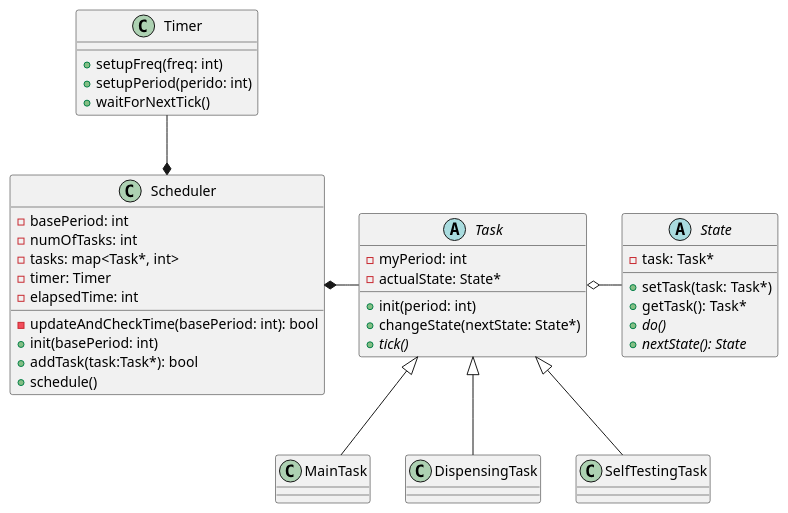
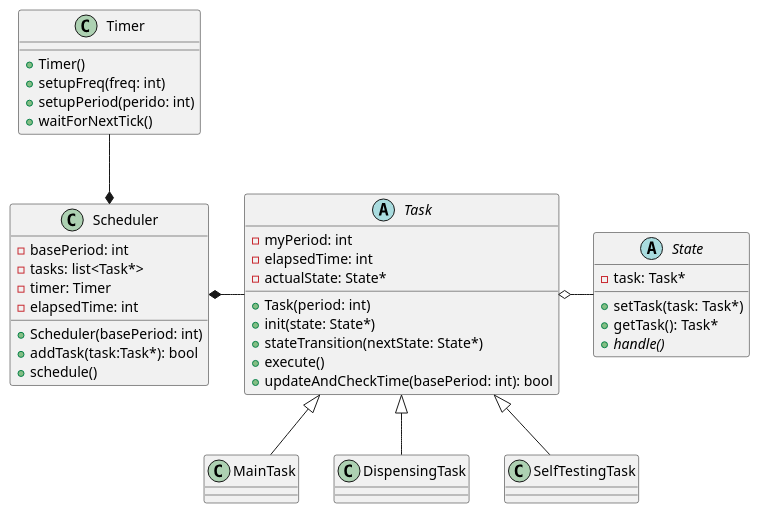
One commit to tassiLuca/smart-coffee-machine changed the diagram in docs/diagrams/src/class-diagram.wsd. Above: the diagram before and after it, drawn with PlantUML. The commit also changed 8 other files, not shown here.

```diff
--- a/docs/diagrams/src/class-diagram.wsd
+++ b/docs/diagrams/src/class-diagram.wsd
@@ -1,53 +1,54 @@
 @startuml class-diagram 
 
 class Scheduler {
     - basePeriod: int 
-    - numOfTasks: int
-    - tasks: map<Task*, int>
+    - tasks: list<Task*>
     - timer: Timer
     - elapsedTime: int
-    - updateAndCheckTime(basePeriod: int): bool
-    + init(basePeriod: int)
+    + Scheduler(basePeriod: int)
     + addTask(task:Task*): bool
     + schedule()
 }
 
 class Timer {
+    + Timer()
     + setupFreq(freq: int)
     + setupPeriod(perido: int)
     + waitForNextTick()
 }
 
 Scheduler *-up- Timer
 
 abstract class Task {
     - myPeriod: int
+    - elapsedTime: int
     - actualState: State*
-    + init(period: int)
-    + changeState(nextState: State*)
-    + {abstract} tick()
+    + Task(period: int)
+    + init(state: State*)
+    + stateTransition(nextState: State*)
+    + execute()
+    + updateAndCheckTime(basePeriod: int): bool
 }
 
 Scheduler *-right- Task
 
 class MainTask 
 Task <|-- MainTask
 
 class DispensingTask
 Task <|-- DispensingTask
 
 class SelfTestingTask
 Task <|-- SelfTestingTask
 
 abstract class State {
     - task: Task*
     + setTask(task: Task*)
     + getTask(): Task*
-    + {abstract} do()
-    + {abstract} nextState(): State
+    + {abstract} handle()
 }
 
 Task o-right- State
 
 
 @enduml
```
